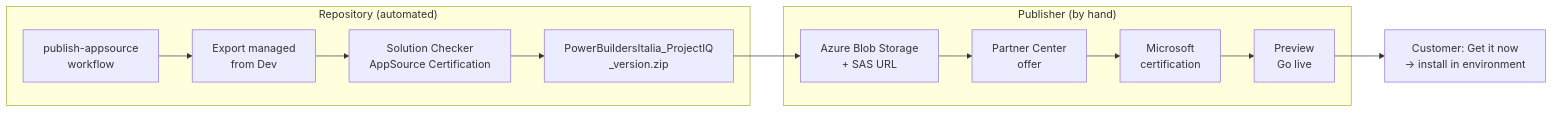
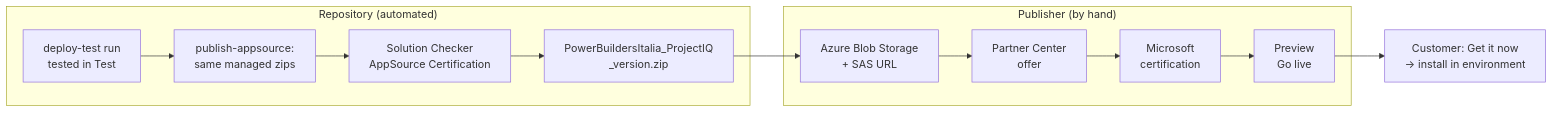
Before and after one commit to Power-Builders-Italia/ProjectIQ: the first of 3 diagrams in docs/appsource.md, drawn with Mermaid. The commit also changed other lines of this file and 2 other files, not shown here.

First line of the commit message:
publish-appsource: package the managed solutions tested in Test (#57)

````diff
--- a/docs/appsource.md
+++ b/docs/appsource.md
@@ -9,15 +9,15 @@
 ```mermaid
 flowchart LR
     subgraph Repo["Repository (automated)"]
-        A["publish-appsource<br/>workflow"] --> B["Export managed<br/>from Dev"]
+        A["deploy-test run<br/>tested in Test"] --> B["publish-appsource:<br/>same managed zips"]
         B --> C["Solution Checker<br/>AppSource Certification"]
         C --> D["PowerBuildersItalia_ProjectIQ<br/>_version.zip"]
     end
     subgraph Manual["Publisher (by hand)"]
         E["Azure Blob Storage<br/>+ SAS URL"] --> F["Partner Center<br/>offer"]
         F --> G["Microsoft<br/>certification"]
         G --> H["Preview<br/>Go live"]
     end
     D --> E
     H --> I["Customer: Get it now<br/>→ install in environment"]
 ```
````
